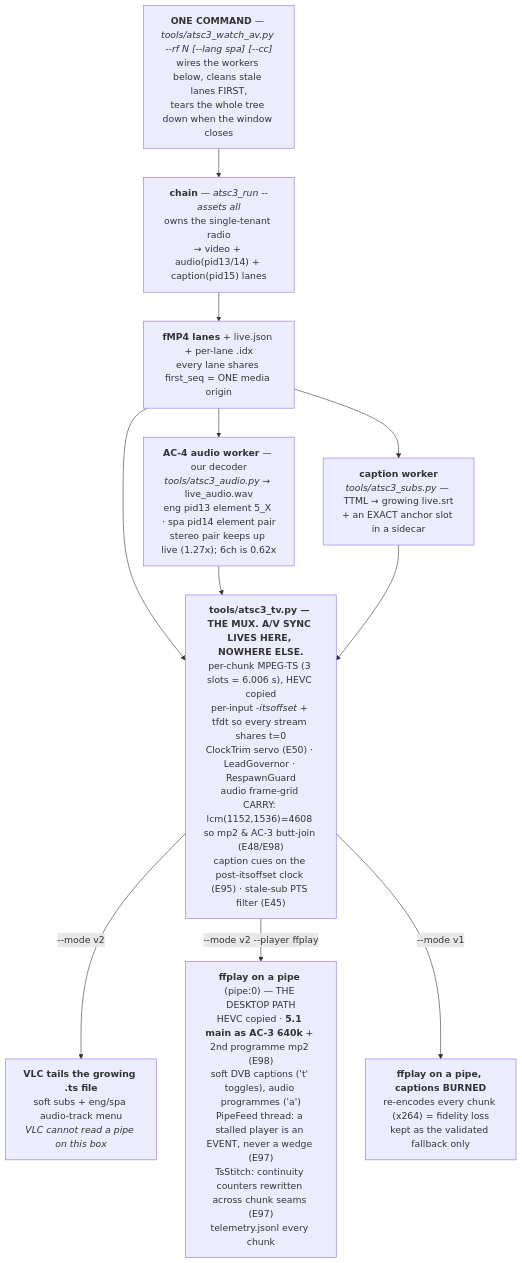
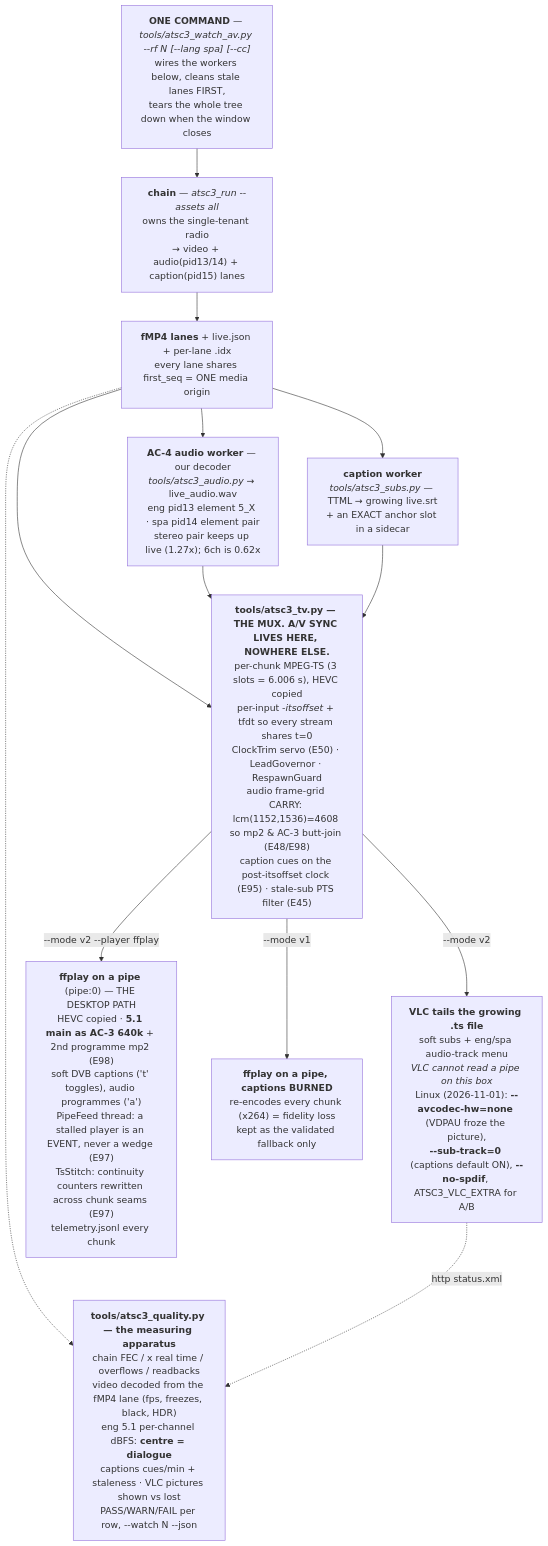
The ninth of 15 diagrams in docs/ARCHITECTURE.md (Felbs/atsc3), drawn with Mermaid before and after one commit. The commit also changed other lines of this file, not shown here.

Commit message:
docs/ARCHITECTURE: bias-T readback, Linux VLC spawn facts, atsc3_quality.py as a referee
Claude-Session: https://claude.ai/code/session_01KyBoY19Ukb4pevktj2g7yK

````diff
--- a/docs/ARCHITECTURE.md
+++ b/docs/ARCHITECTURE.md
@@ -369,15 +370,17 @@
 ```mermaid
 flowchart TD
     ORCH["<b>ONE COMMAND</b> &mdash; <i>tools/atsc3_watch_av.py --rf N [--lang spa] [--cc]</i><br/>wires the workers below, cleans stale lanes FIRST,<br/>tears the whole tree down when the window closes"]
     ORCH --> CHAIN["<b>chain</b> &mdash; <i>atsc3_run --assets all</i><br/>owns the single-tenant radio<br/>&rarr; video + audio(pid13/14) + caption(pid15) lanes"]
     CHAIN --> LANES["<b>fMP4 lanes</b> + live.json + per-lane .idx<br/>every lane shares first_seq = ONE media origin"]
     LANES --> AUD["<b>AC-4 audio worker</b> &mdash; our decoder<br/><i>tools/atsc3_audio.py</i> &rarr; live_audio.wav<br/>eng pid13 element 5_X &middot; spa pid14 element pair<br/>stereo pair keeps up live (1.27x); 6ch is 0.62x"]
     LANES --> SUBS["<b>caption worker</b><br/><i>tools/atsc3_subs.py</i> &mdash; TTML &rarr; growing live.srt<br/>+ an EXACT anchor slot in a sidecar"]
     LANES --> TV
     AUD --> TV
     SUBS --> TV
     TV["<b>tools/atsc3_tv.py &mdash; THE MUX. A/V SYNC LIVES HERE, NOWHERE ELSE.</b><br/>per-chunk MPEG-TS (3 slots = 6.006 s), HEVC copied<br/>per-input <i>-itsoffset</i> + tfdt so every stream shares t=0<br/>ClockTrim servo (E50) &middot; LeadGovernor &middot; RespawnGuard<br/>audio frame-grid CARRY: lcm(1152,1536)=4608 so mp2 &amp; AC-3 butt-join (E48/E98)<br/>caption cues on the post-itsoffset clock (E95) &middot; stale-sub PTS filter (E45)"]
-    TV -->|"--mode v2"| VLC["<b>VLC tails the growing .ts file</b><br/>soft subs + eng/spa audio-track menu<br/><i>VLC cannot read a pipe on this box</i>"]
+    TV -->|"--mode v2"| VLC["<b>VLC tails the growing .ts file</b><br/>soft subs + eng/spa audio-track menu<br/><i>VLC cannot read a pipe on this box</i><br/>Linux (2026-11-01): <b>--avcodec-hw=none</b> (VDPAU froze the picture),<br/><b>--sub-track=0</b> (captions default ON), <b>--no-spdif</b>, ATSC3_VLC_EXTRA for A/B"]
+    LANES -.-> METER["<b>tools/atsc3_quality.py &mdash; the measuring apparatus</b><br/>chain FEC / x real time / overflows / readbacks<br/>video decoded from the fMP4 lane (fps, freezes, black, HDR)<br/>eng 5.1 per-channel dBFS: <b>centre = dialogue</b><br/>captions cues/min + staleness &middot; VLC pictures shown vs lost<br/>PASS/WARN/FAIL per row, --watch N --json"]
+    VLC -.->|"http status.xml"| METER
     TV -->|"--mode v2 --player ffplay"| FF["<b>ffplay on a pipe</b> (pipe:0) &mdash; THE DESKTOP PATH<br/>HEVC copied &middot; <b>5.1 main as AC-3 640k</b> + 2nd programme mp2 (E98)<br/>soft DVB captions ('t' toggles), audio programmes ('a')<br/>PipeFeed thread: a stalled player is an EVENT, never a wedge (E97)<br/>TsStitch: continuity counters rewritten across chunk seams (E97)<br/>telemetry.jsonl every chunk"]
     TV -->|"--mode v1"| FF1["<b>ffplay on a pipe, captions BURNED</b><br/>re-encodes every chunk (x264) = fidelity loss<br/>kept as the validated fallback only"]
 ```
````
